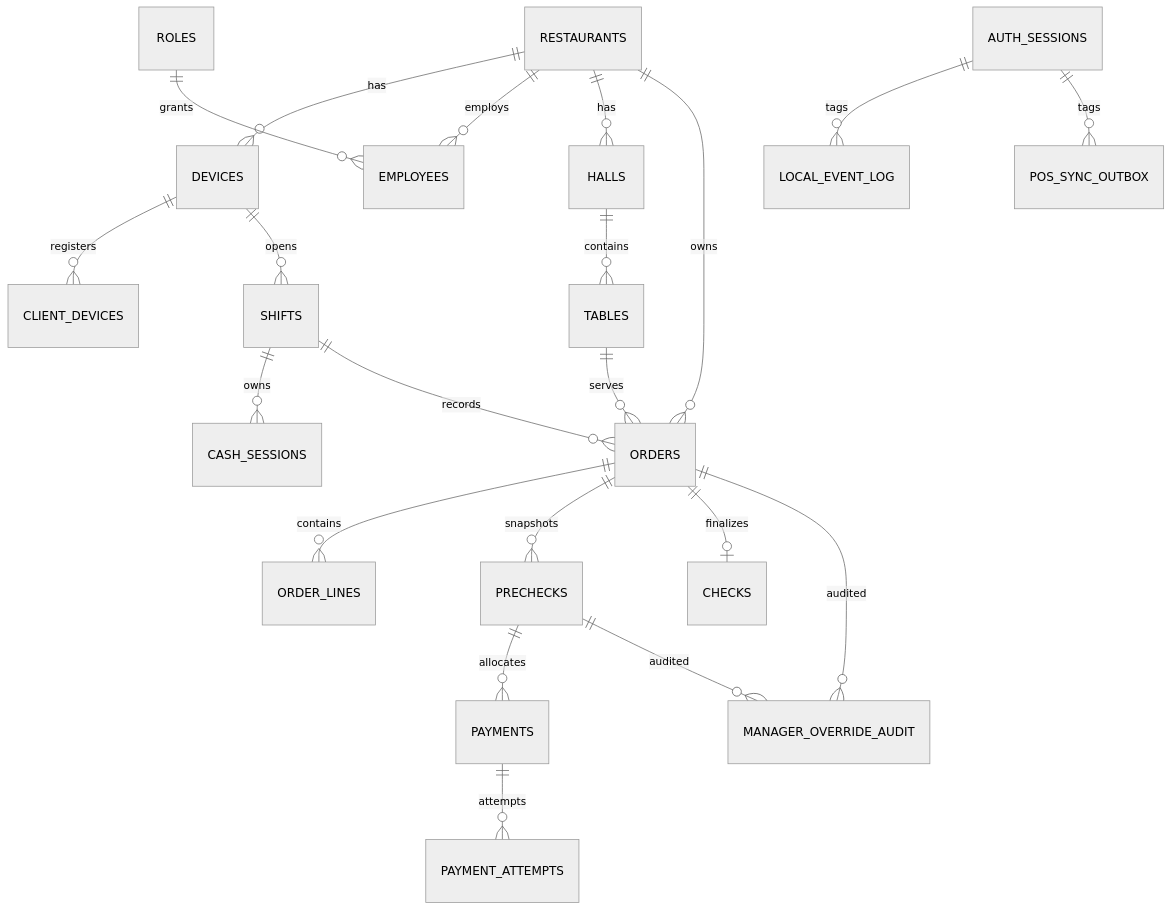
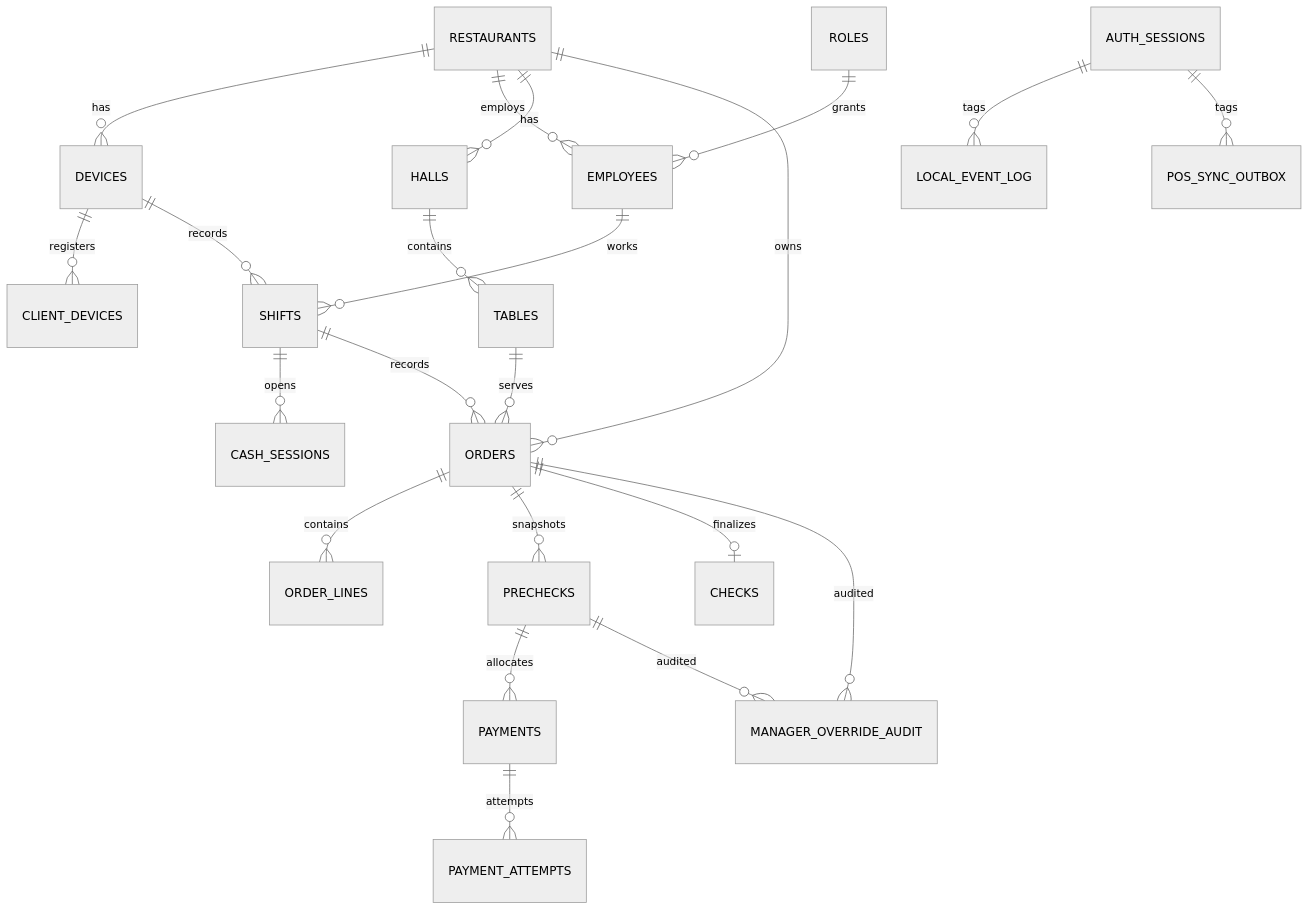
Before and after one commit to serty2005/mh-pos: the diagram in docs/backend/POS-DATA-AND-MIGRATIONS.md, drawn with Mermaid (neutral theme). The commit also changed other lines of this file and 25 other files, not shown here.

````diff
--- a/docs/backend/POS-DATA-AND-MIGRATIONS.md
+++ b/docs/backend/POS-DATA-AND-MIGRATIONS.md
@@ -80,23 +91,24 @@
 ```mermaid
 erDiagram
     RESTAURANTS ||--o{ DEVICES : has
     RESTAURANTS ||--o{ EMPLOYEES : employs
     ROLES ||--o{ EMPLOYEES : grants
     DEVICES ||--o{ CLIENT_DEVICES : registers
-    DEVICES ||--o{ SHIFTS : opens
-    SHIFTS ||--o{ CASH_SESSIONS : owns
+    DEVICES ||--o{ SHIFTS : records
+    EMPLOYEES ||--o{ SHIFTS : works
+    SHIFTS ||--o{ CASH_SESSIONS : opens
     RESTAURANTS ||--o{ HALLS : has
     HALLS ||--o{ TABLES : contains
     RESTAURANTS ||--o{ ORDERS : owns
     TABLES ||--o{ ORDERS : serves
     SHIFTS ||--o{ ORDERS : records
     ORDERS ||--o{ ORDER_LINES : contains
     ORDERS ||--o{ PRECHECKS : snapshots
     PRECHECKS ||--o{ PAYMENTS : allocates
     ORDERS ||--o| CHECKS : finalizes
     PAYMENTS ||--o{ PAYMENT_ATTEMPTS : attempts
     ORDERS ||--o{ MANAGER_OVERRIDE_AUDIT : audited
     PRECHECKS ||--o{ MANAGER_OVERRIDE_AUDIT : audited
     AUTH_SESSIONS ||--o{ LOCAL_EVENT_LOG : tags
     AUTH_SESSIONS ||--o{ POS_SYNC_OUTBOX : tags
 ```
````
